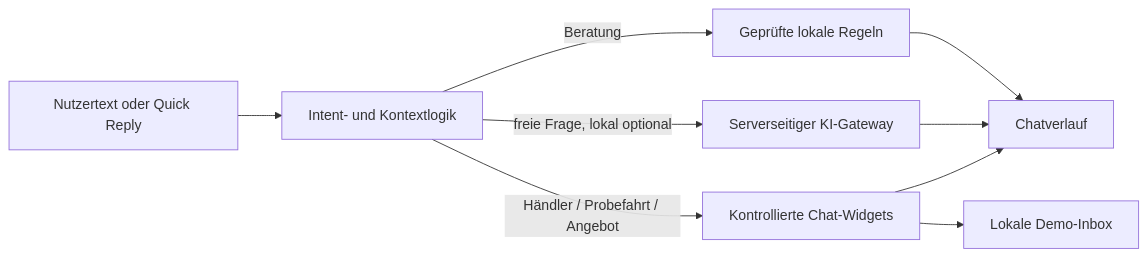
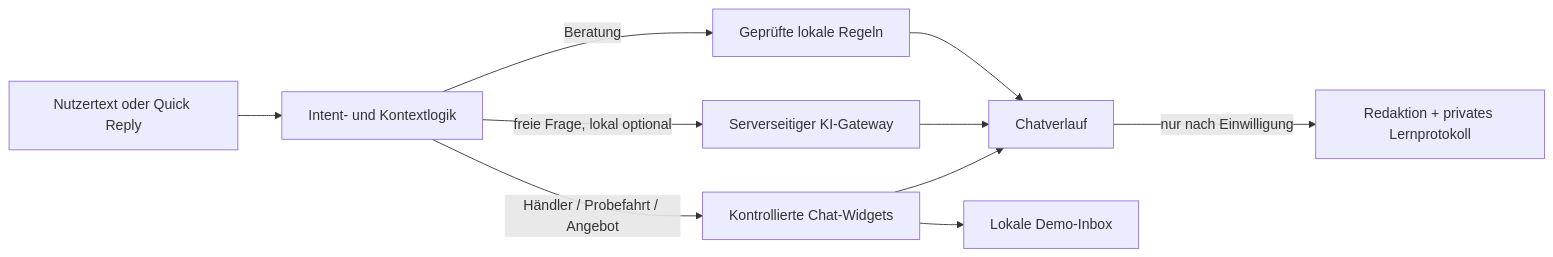
The diagram in README.md (dgruenewald97-arch/ChatbotCAIDA), drawn with Mermaid before and after one commit. The commit also changed other lines of this file and 18 other files, not shown here.

````diff
--- a/README.md
+++ b/README.md
@@ -44,11 +45,12 @@
 ```mermaid
 flowchart LR
   U[Nutzertext oder Quick Reply] --> I[Intent- und Kontextlogik]
   I -->|Beratung| R[Geprüfte lokale Regeln]
   I -->|freie Frage, lokal optional| G[Serverseitiger KI-Gateway]
   I -->|Händler / Probefahrt / Angebot| W[Kontrollierte Chat-Widgets]
   R --> C[Chatverlauf]
   G --> C
   W --> C
   W --> D[Lokale Demo-Inbox]
+  C -->|nur nach Einwilligung| T[Redaktion + privates Lernprotokoll]
 ```
````
